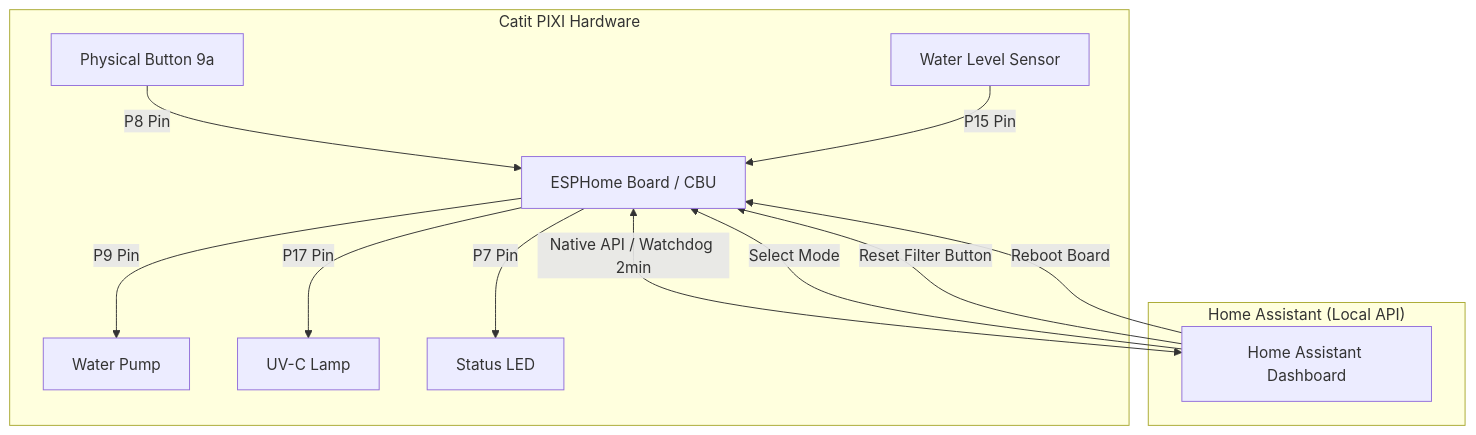
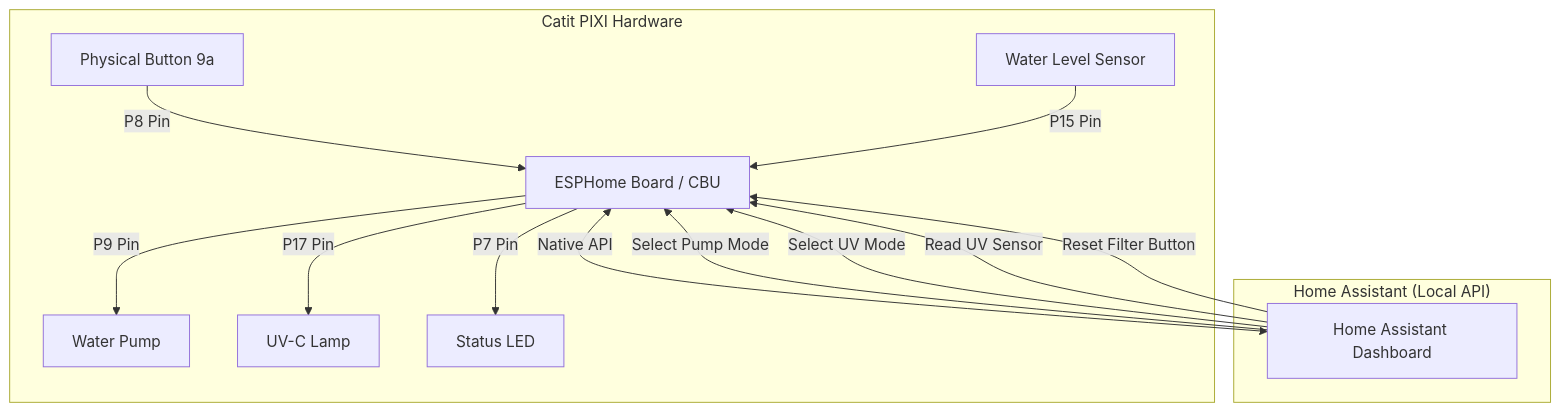
The diagram in README.md (CaporalDead/esphome-catit-pixi-smart-fountain), drawn with Mermaid before and after one commit. The commit also changed other lines of this file, not shown here.

First line of the commit message:
Revise README for Home Assistant and UV features

````diff
--- a/README.md
+++ b/README.md
@@ -50,18 +50,19 @@
 ```mermaid
 graph TD
     subgraph "Catit PIXI Hardware"
         P8[Physical Button 9a] -->|P8 Pin| ESP[ESPHome Board / CBU]
         P15[Water Level Sensor] -->|P15 Pin| ESP
         ESP -->|P9 Pin| Pump[Water Pump]
         ESP -->|P17 Pin| UV[UV-C Lamp]
         ESP -->|P7 Pin| LED[Status LED]
     end
 
     subgraph "Home Assistant (Local API)"
-        ESP <-->|Native API / Watchdog 2min| HA[Home Assistant Dashboard]
-        HA -->|Select Mode| ESP
+        ESP <-->|Native API| HA[Home Assistant Dashboard]
+        HA -->|Select Pump Mode| ESP
+        HA -->|Select UV Mode| ESP
+        HA -->|Read UV Sensor| ESP
         HA -->|Reset Filter Button| ESP
-        HA -->|Reboot Board| ESP
     end
 
 ```
````
